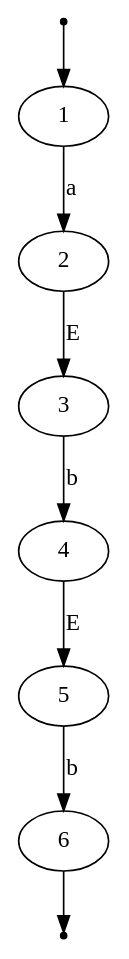
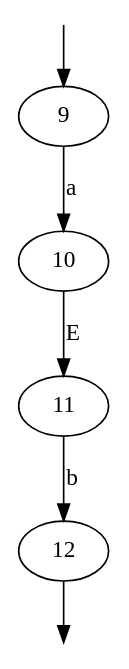
Before and after one commit to omarelhorre/automate: the diagram in src/automate1.dot, drawn with Graphviz. The commit also changed 6 other files, not shown here.

```diff
--- a/src/automate1.dot
+++ b/src/automate1.dot
@@ -1,11 +1,9 @@
 digraph G {
-init [shape=point];
-fin [shape=point];
-init -> 1;
-1 -> 2 [label="a"];
-3 -> 4 [label="b"];
-2 -> 3 [label="E"];
-5 -> 6 [label="b"];
-4 -> 5 [label="E"];
-6 -> fin;
+init [shape=point shape=point style=filled, fillcolor=white color=white];
+fin [shape=point shape=point style=filled, fillcolor=white color=white];
+init -> 9;
+9 -> 10 [label="a"];
+11 -> 12 [label="b"];
+10 -> 11 [label="E"];
+12 -> fin;
 }
```
